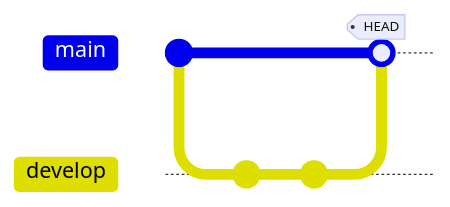
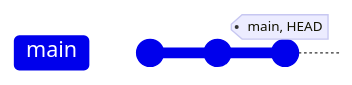
One commit to roodriigoooo/SoftwareDevForBusiness changed the sixth of 10 diagrams in README.md. Above: the diagram before and after it, drawn with Mermaid. The commit also changed other lines of this file, not shown here. Commit ids are hidden.

````diff
--- a/README.md
+++ b/README.md
@@ -274,10 +274,6 @@
 ```mermaid
 gitGraph
 	commit
-	branch develop
-	checkout develop
 	commit
-	commit
-	checkout main
-	merge develop tag: "HEAD"
+	commit tag: "main, HEAD"
 ```
````
